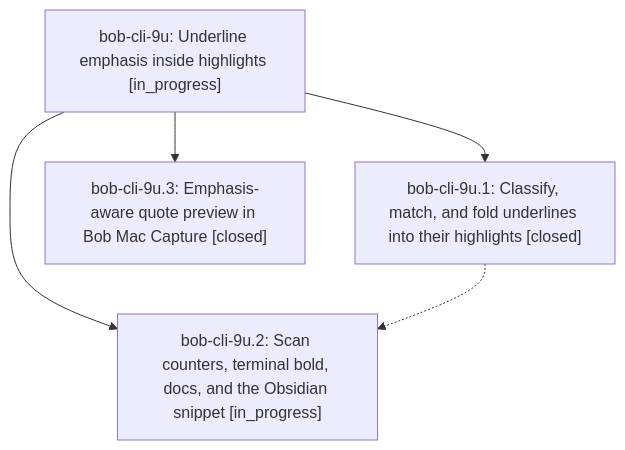
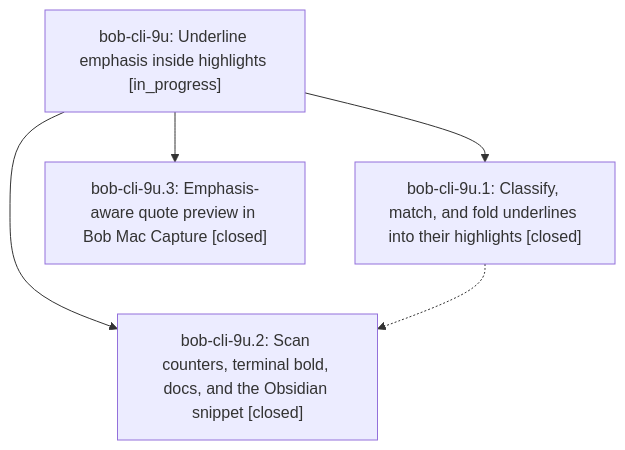
The diagram in pages/bob-cli-9u/README.md (bobs-org/bob-cli--beads), drawn with Mermaid before and after one commit. The commit also changed other lines of this file and 2 other files, not shown here.

First line of the commit message:
chore(beads): sync bead state and pages for bob-cli-9u

````diff
--- a/pages/bob-cli-9u/README.md
+++ b/pages/bob-cli-9u/README.md
@@ -36,11 +36,11 @@
 ```mermaid
 flowchart TD
     n0["bob-cli-9u: Underline emphasis inside highlights [in_progress]"]
     n1["bob-cli-9u.1: Classify, match, and fold underlines into their highlights [closed]"]
-    n2["bob-cli-9u.2: Scan counters, terminal bold, docs, and the Obsidian snippet [in_progress]"]
+    n2["bob-cli-9u.2: Scan counters, terminal bold, docs, and the Obsidian snippet [closed]"]
     n3["bob-cli-9u.3: Emphasis-aware quote preview in Bob Mac Capture [closed]"]
     n0 --> n1
     n0 --> n2
     n0 --> n3
     n1 -.-> n2
 ```
````
